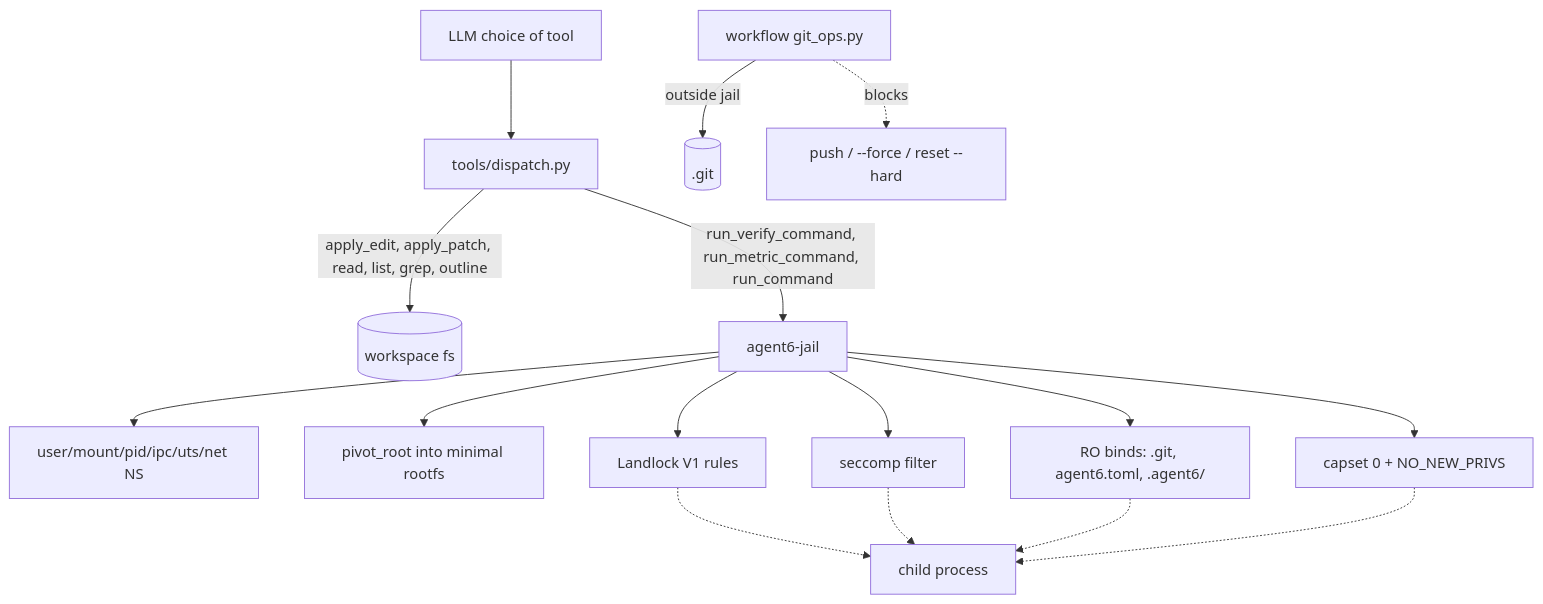
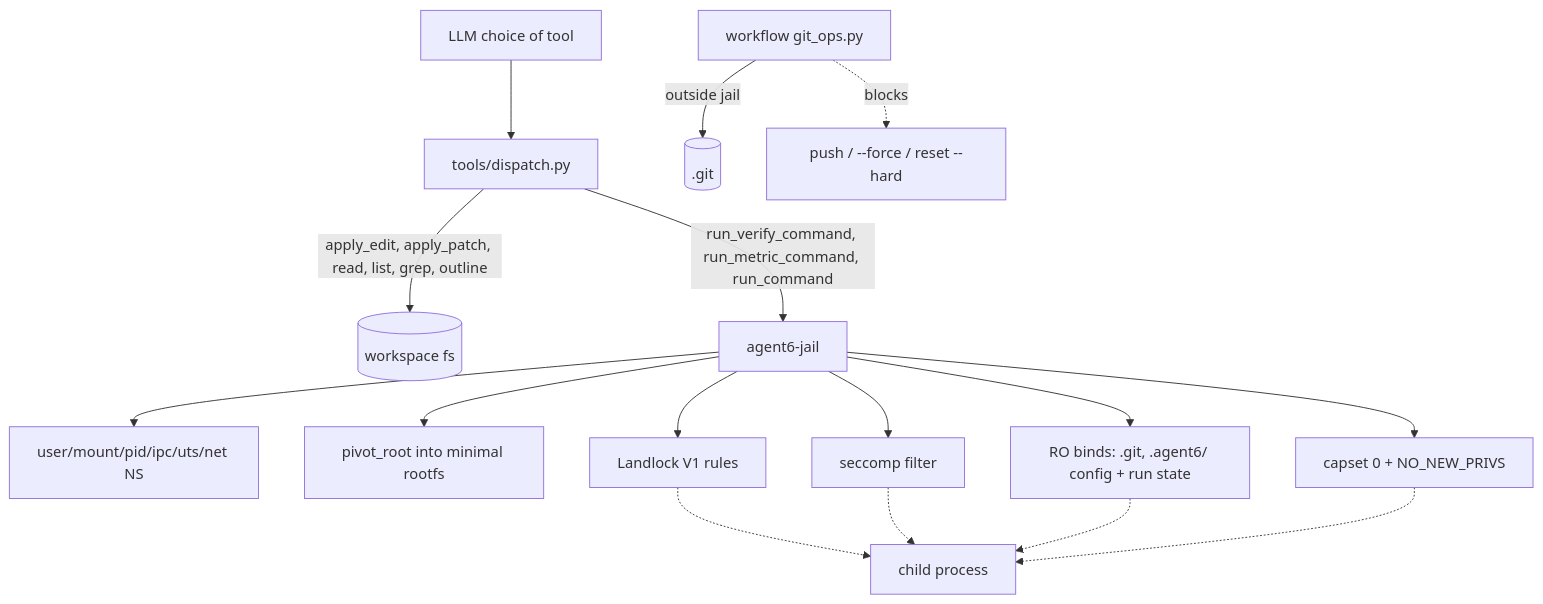
The third of 4 diagrams in ARCHITECTURE.md (agent6-dev/agent6), drawn with Mermaid before and after one commit. The commit also changed other lines of this file and 40 other files, not shown here.

````diff
--- a/ARCHITECTURE.md
+++ b/ARCHITECTURE.md
@@ -94,18 +101,18 @@
 ```mermaid
 flowchart TD
     LLM[LLM choice of tool] --> Tools[tools/dispatch.py]
     Tools -->|apply_edit, apply_patch, read, list, grep, outline| FS[(workspace fs)]
     Tools -->|run_verify_command, run_metric_command, run_command| Jail[agent6-jail]
     Jail --> NS[user/mount/pid/ipc/uts/net NS]
     Jail --> Pivot[pivot_root into minimal rootfs]
-    Jail --> ROBinds[RO binds: .git, agent6.toml, .agent6/]
+    Jail --> ROBinds[RO binds: .git, .agent6/ config + run state]
     Jail --> Land[Landlock V1 rules]
     Jail --> Sec[seccomp filter]
     Jail --> Caps[capset 0 + NO_NEW_PRIVS]
     Land -.-> Child[child process]
     Sec -.-> Child
     ROBinds -.-> Child
     Caps -.-> Child
     Workflow[workflow git_ops.py] -->|outside jail| Git[(.git)]
     Workflow -. blocks .-> Push[push / --force / reset --hard]
 ```
````
